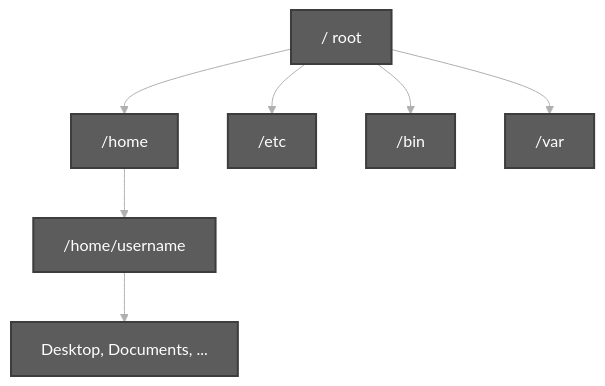
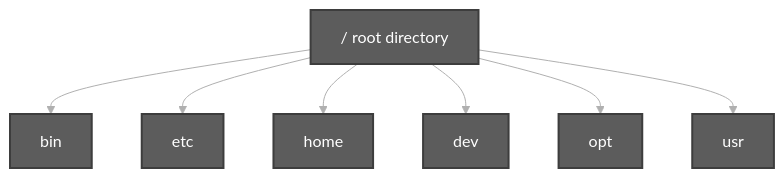
One commit to chaitussm/Linux-Basics changed the first of 3 diagrams in docs/topics/File System Navigation Commands And Hierarchy.md. Above: the diagram before and after it, drawn with Mermaid. The commit also changed other lines of this file and 6 other files, not shown here.

````diff
--- a/docs/topics/File System Navigation Commands And Hierarchy.md
+++ b/docs/topics/File System Navigation Commands And Hierarchy.md
@@ -44,13 +66,14 @@
 ```mermaid
 %%{init: {'theme': 'base', 'themeVariables': {'primaryColor': '#5c5c5c', 'primaryTextColor': '#ffffff', 'primaryBorderColor': '#3d3d3d', 'lineColor': '#b0b0b0'}}}%%
 flowchart TB
-    R["/  root"] --> H["/home"]
-    R --> E["/etc"]
-    R --> B["/bin"]
-    R --> V["/var"]
-    H --> U["/home/username"]
-    U --> D["Desktop, Documents, ..."]
+    ROOT["/  root directory"]
+    ROOT --> bin["bin"]
+    ROOT --> etc["etc"]
+    ROOT --> home["home"]
+    ROOT --> dev["dev"]
+    ROOT --> opt["opt"]
+    ROOT --> usr["usr"]
 
     classDef darkGrey fill:#5c5c5c,stroke:#3d3d3d,color:#ffffff,stroke-width:2px
-    class R,H,E,B,V,U,D darkGrey
+    class ROOT,bin,etc,home,dev,opt,usr darkGrey
 ```
````
